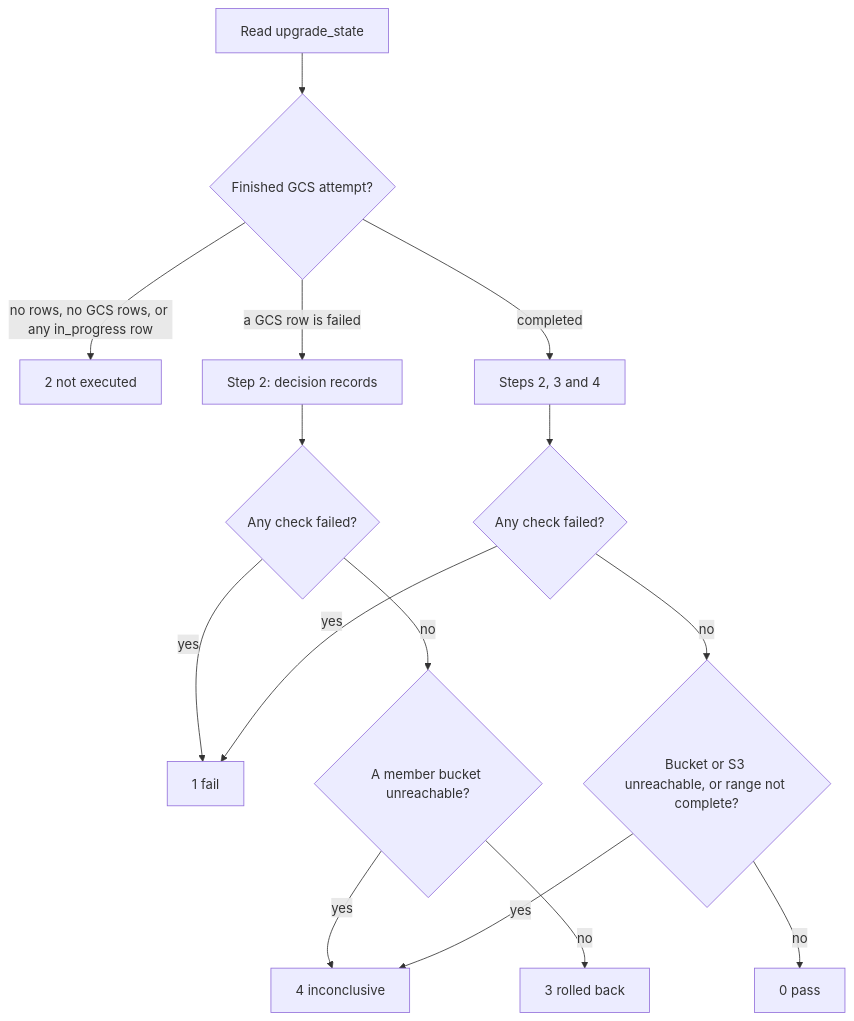
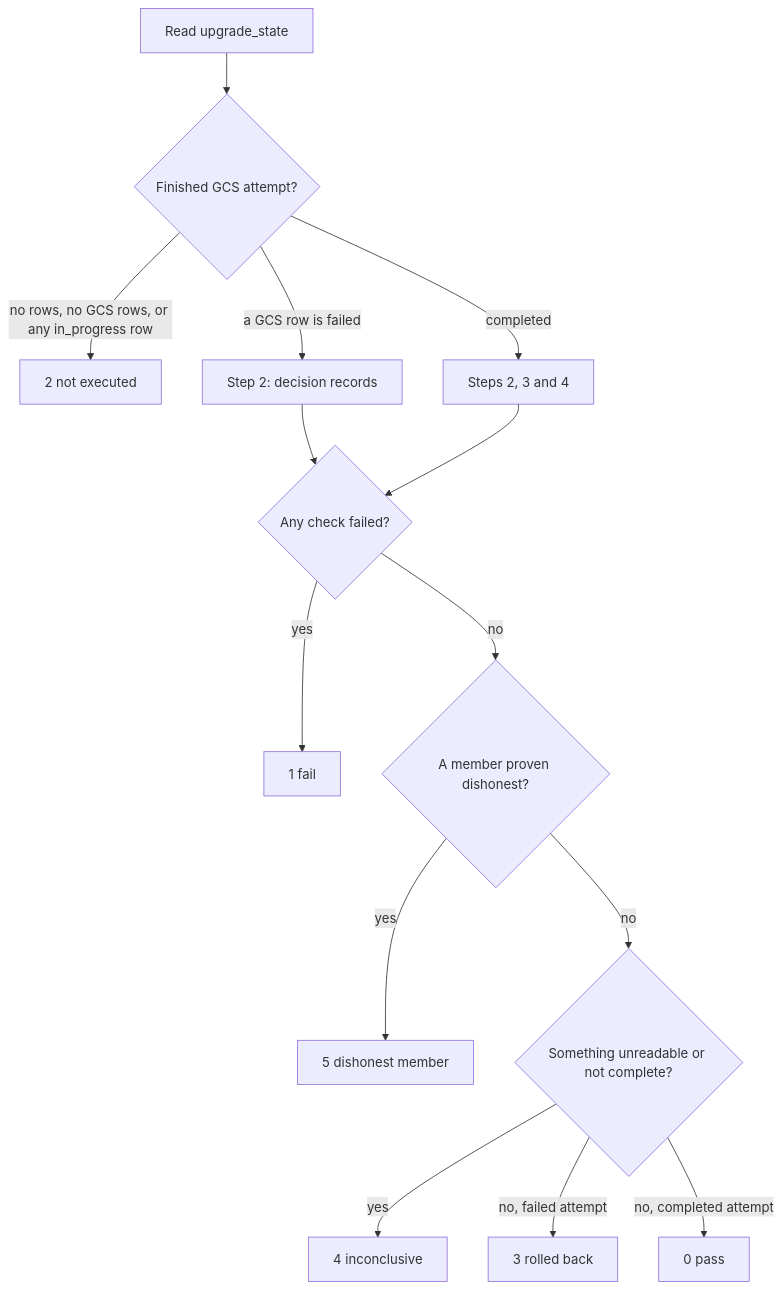
The diagram in coprocessor/fhevm-engine/upgrade-controller/upgrade-check.md (zama-ai/fhevm), drawn with Mermaid before and after one commit. The commit also changed other lines of this file and 1 other file, not shown here.

First line of the commit message:
feat(coprocessor): count upgrade-check votes on thresholds and name dishonest members

````diff
--- a/coprocessor/fhevm-engine/upgrade-controller/upgrade-check.md
+++ b/coprocessor/fhevm-engine/upgrade-controller/upgrade-check.md
@@ -59,17 +60,16 @@
 ```mermaid
 flowchart TD
     A[Read upgrade_state] --> B{Finished GCS attempt?}
     B -- "no rows, no GCS rows, or any in_progress row" --> N[2 not executed]
     B -- "a GCS row is failed" --> R[Step 2: decision records]
     B -- "completed" --> S[Steps 2, 3 and 4]
-    R --> R1{Any check failed?}
-    R1 -- yes --> F[1 fail]
-    R1 -- no --> R2{A member bucket unreachable?}
-    R2 -- yes --> I[4 inconclusive]
-    R2 -- no --> RB[3 rolled back]
-    S --> S1{Any check failed?}
-    S1 -- yes --> F
-    S1 -- no --> S2{Bucket or S3 unreachable, or range not complete?}
-    S2 -- yes --> I
-    S2 -- no --> P[0 pass]
+    R --> C{Any check failed?}
+    S --> C
+    C -- yes --> F[1 fail]
+    C -- no --> D{A member proven dishonest?}
+    D -- yes --> X[5 dishonest member]
+    D -- no --> E{Something unreadable or not complete?}
+    E -- yes --> I[4 inconclusive]
+    E -- "no, failed attempt" --> RB[3 rolled back]
+    E -- "no, completed attempt" --> P[0 pass]
 ```
````
